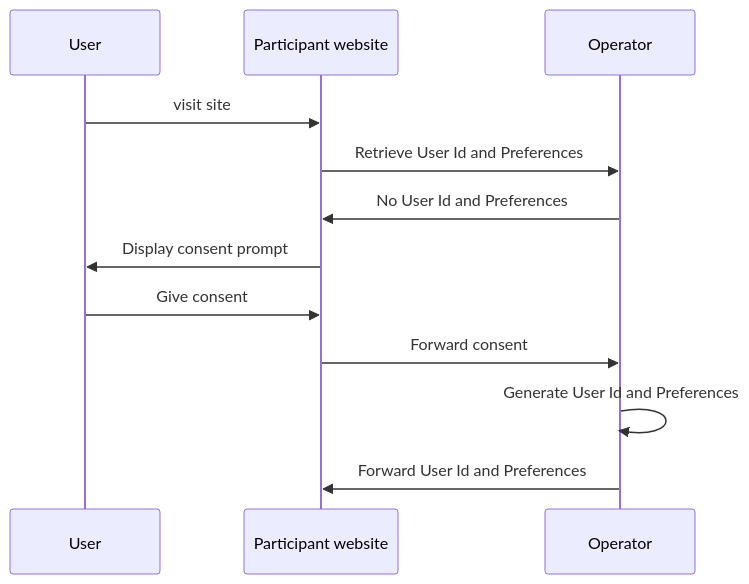
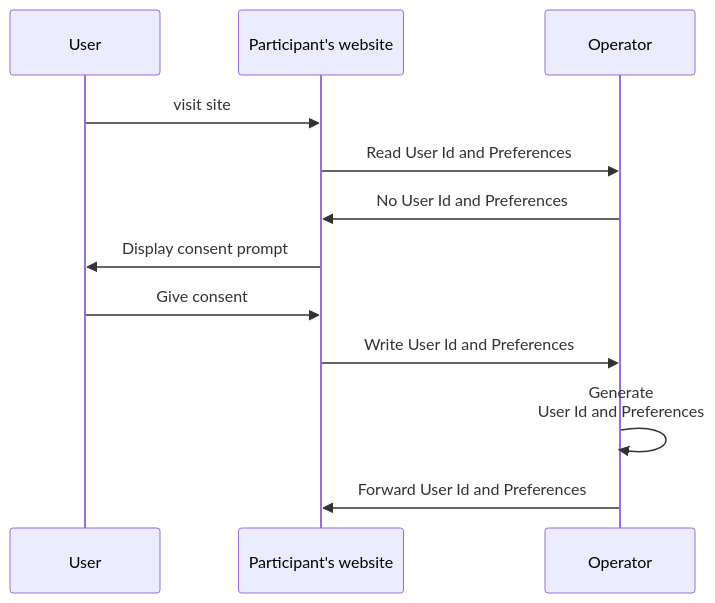
Before and after one commit to OneKey-Network/addressability-framework: the first of 2 diagrams in mvp-spec/workflows.md, drawn with Mermaid. The commit also changed other lines of this file, not shown here.

````diff
--- a/mvp-spec/workflows.md
+++ b/mvp-spec/workflows.md
@@ -13,19 +13,18 @@
 ```mermaid
 sequenceDiagram
 participant U as User
-participant P as Participant website
+participant P as Participant's website
 participant O as Operator
 
     U ->> P: visit site
     
-    P ->> O: Retrieve User Id and Preferences
+    P ->> O: Read User Id and Preferences
     O ->> P: No User Id and Preferences
     
     P ->> U: Display consent prompt
     U ->> P: Give consent
 
-    P ->> O: Forward consent
-    O ->> O: Generate User Id and Preferences
+    P ->> O: Write User Id and Preferences
+    O ->> O: Generate<br />User Id and Preferences
     O ->> P: Forward User Id and Preferences
-
 ```
````
